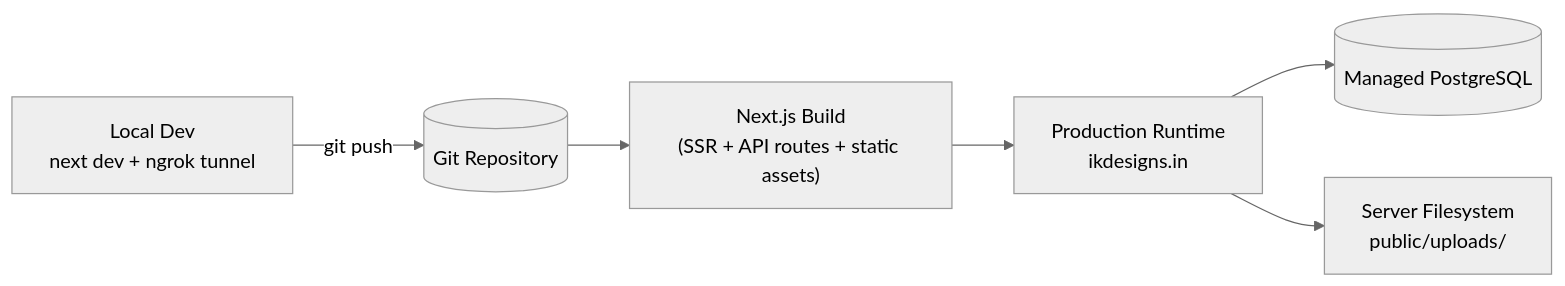
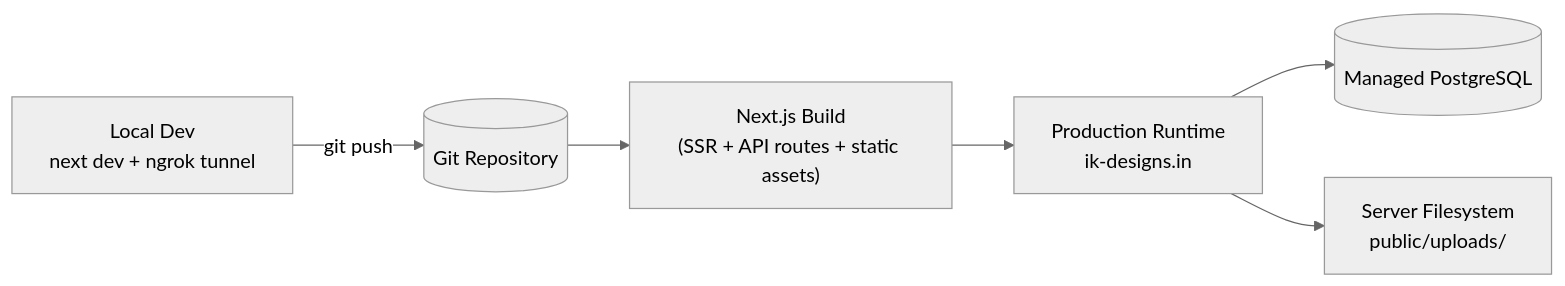
One commit to M9Bazooka/ik-designs-showcase changed the seventh of 7 diagrams in ARCHITECTURE.md. Above: the diagram before and after it, drawn with Mermaid (neutral theme). The commit also changed 1 other file, not shown here.

Commit message:
Fix domain references to ik-designs.in

````diff
--- a/ARCHITECTURE.md
+++ b/ARCHITECTURE.md
@@ -187,8 +187,8 @@
 ```mermaid
 graph LR
     Dev["Local Dev<br/>next dev + ngrok tunnel"] -->|git push| Repo[("Git Repository")]
     Repo --> Build["Next.js Build<br/>(SSR + API routes + static assets)"]
-    Build --> Runtime["Production Runtime<br/>ikdesigns.in"]
+    Build --> Runtime["Production Runtime<br/>ik-designs.in"]
     Runtime --> PG[("Managed PostgreSQL")]
     Runtime --> Disk["Server Filesystem<br/>public/uploads/"]
 ```
````
